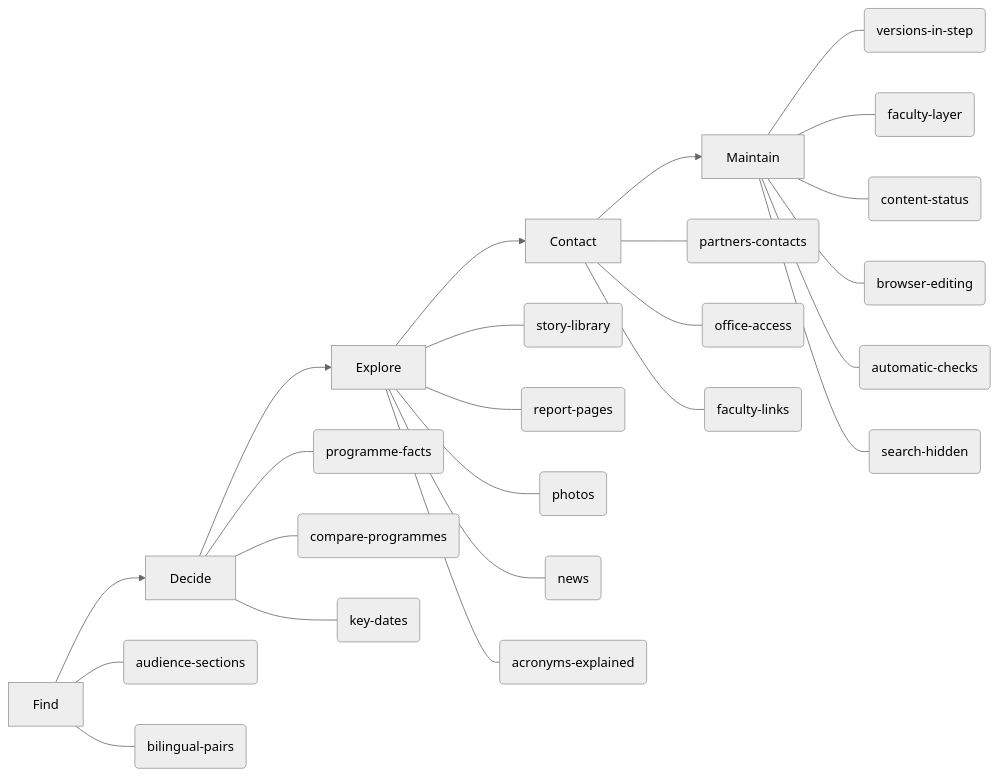
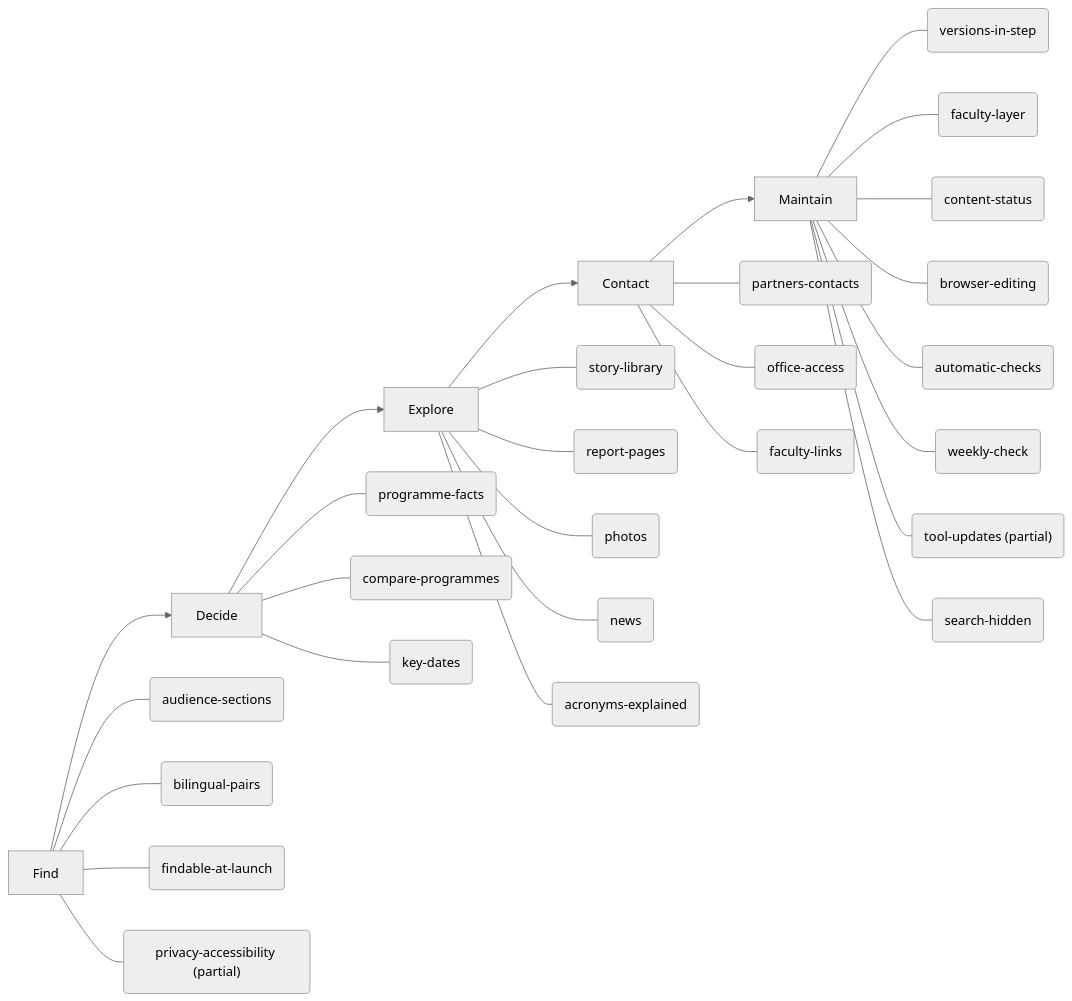
One commit to BasileChretien/nagoya-med-intl-prototype changed the diagram in docs/features.md. Above: the diagram before and after it, drawn with Mermaid (neutral theme). The commit also changed other lines of this file and 30 other files, not shown here.

First line of the commit message:
feat: weekly link and deadline check, tool updates, sitemap and structured data, privacy and accessibility pages (#11)

````diff
--- a/docs/features.md
+++ b/docs/features.md
@@ -5,31 +5,35 @@
 ```mermaid
 flowchart LR
   S0["Find"]
   S1["Decide"]
   S2["Explore"]
   S3["Contact"]
   S4["Maintain"]
   S0 --> S1
   S1 --> S2
   S2 --> S3
   S3 --> S4
   S0 --- audience_sections("audience-sections")
   S0 --- bilingual_pairs("bilingual-pairs")
   S1 --- programme_facts("programme-facts")
   S1 --- compare_programmes("compare-programmes")
   S1 --- key_dates("key-dates")
   S2 --- story_library("story-library")
   S2 --- report_pages("report-pages")
   S2 --- photos("photos")
   S2 --- news("news")
   S3 --- partners_contacts("partners-contacts")
   S3 --- office_access("office-access")
   S2 --- acronyms_explained("acronyms-explained")
   S3 --- faculty_links("faculty-links")
   S4 --- versions_in_step("versions-in-step")
   S4 --- faculty_layer("faculty-layer")
   S4 --- content_status("content-status")
   S4 --- browser_editing("browser-editing")
   S4 --- automatic_checks("automatic-checks")
+  S4 --- weekly_check("weekly-check")
+  S4 --- tool_updates("tool-updates (partial)")
   S4 --- search_hidden("search-hidden")
+  S0 --- findable_at_launch("findable-at-launch")
+  S0 --- privacy_accessibility("privacy-accessibility (partial)")
 ```
````
